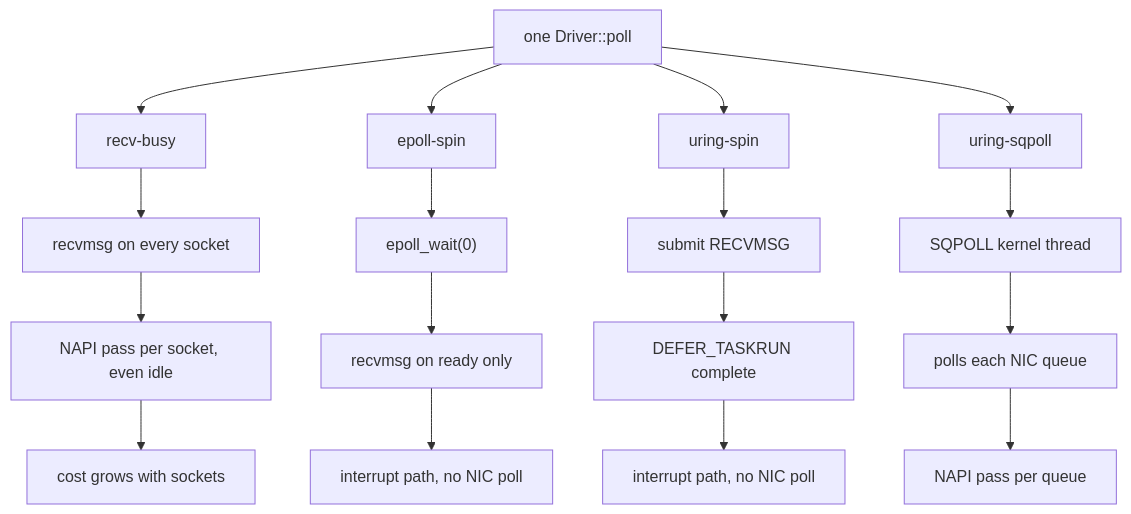
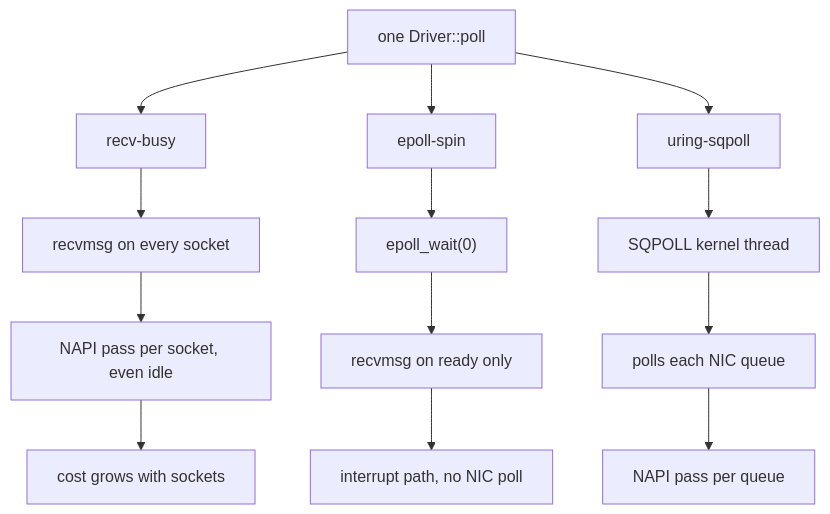
The diagram in book/src/io/backends.md (mimran1980/ergon), drawn with Mermaid before and after one commit. The commit also changed other lines of this file and 1024 other files, not shown here.

````diff
--- a/book/src/io/backends.md
+++ b/book/src/io/backends.md
@@ -151,24 +173,19 @@
 ```mermaid
 flowchart TD
     P["one Driver::poll"]
     P --> RB["recv-busy"]
     P --> ES["epoll-spin"]
-    P --> US["uring-spin"]
     P --> SQ["uring-sqpoll"]
 
     RB --> RB1["recvmsg on every socket"]
     RB1 --> RB2["NAPI pass per socket, even idle"]
     RB2 --> RB3["cost grows with sockets"]
 
     ES --> ES1["epoll_wait(0)"]
     ES1 --> ES2["recvmsg on ready only"]
     ES2 --> ES3["interrupt path, no NIC poll"]
 
-    US --> US1["submit RECVMSG"]
-    US1 --> US2["DEFER_TASKRUN complete"]
-    US2 --> US3["interrupt path, no NIC poll"]
-
     SQ --> SQ1["SQPOLL kernel thread"]
     SQ1 --> SQ2["polls each NIC queue"]
     SQ2 --> SQ3["NAPI pass per queue"]
 ```
````
